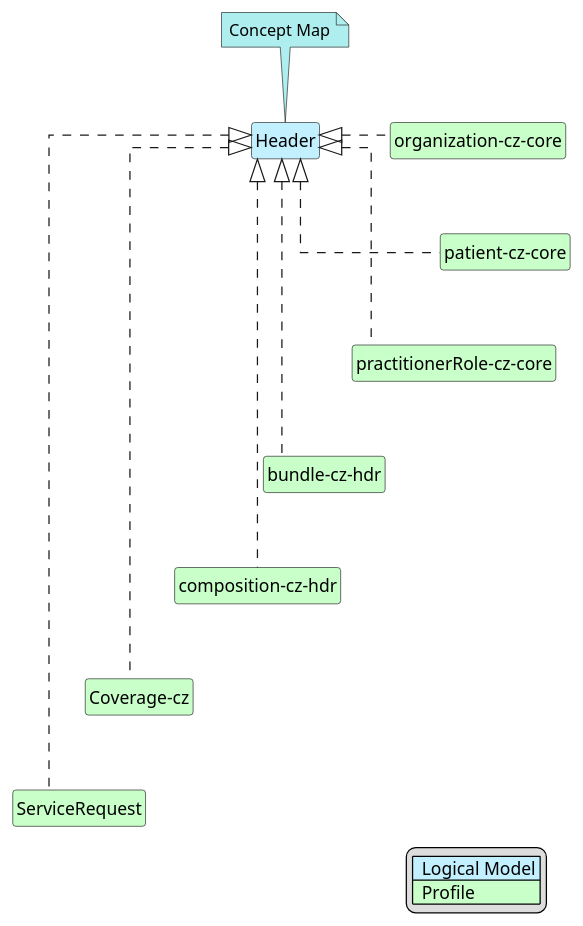
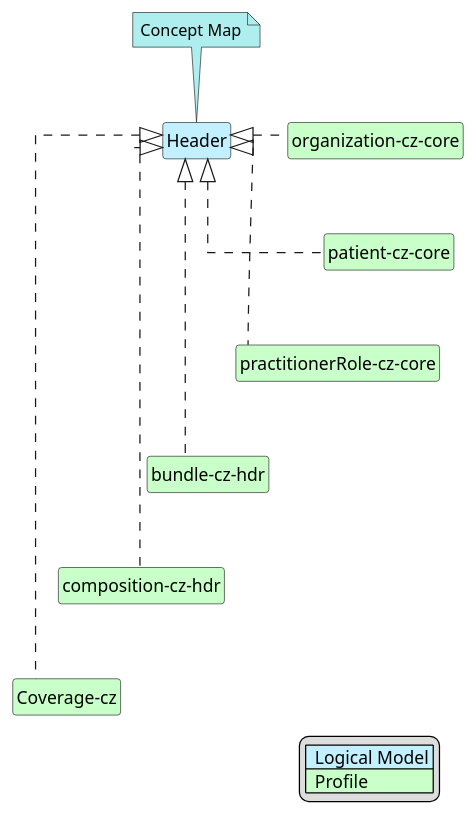
Before and after one commit to HL7-cz/hdr: the diagram in input/images-source/Header-map.plantuml, drawn with PlantUML.

Commit message:
oprava modelu mapování hlavičky

```diff
--- a/input/images-source/Header-map.plantuml
+++ b/input/images-source/Header-map.plantuml
@@ -1,39 +1,36 @@
 @startuml
 hide circle
 hide stereotype
 hide members
 hide methods
 skinparam linetype ortho
 skinparam class {
 BackgroundColor<<LogicalModel>> #APPLICATION
 BackgroundColor<<Profile>> #TECHNOLOGY
 }
 legend right
 | <#APPLICATION>  Logical Model |
 | <#TECHNOLOGY>  Profile |
 endlegend
 class "Header" <<LogicalModel>> [[StructureDefinition-Header.html]]
 note top #PaleTurquoise [[ConceptMap-hdrHeader2FHIR-cz-hdr.html]]
 Concept Map
 endnote
 class "organization-cz-core" <<Profile>> [[https://build.fhir.org/ig/HL7-cz/cz-core/StructureDefinition-cz-organization-core.html]]
 "Header" <|. "organization-cz-core"
 class "patient-cz-core" <<Profile>> [[https://build.fhir.org/ig/HL7-cz/cz-core/StructureDefinition-cz-patient-core.html]]
 "Header" <|. "patient-cz-core"
 "organization-cz-core" -d[hidden]-> "patient-cz-core"
 class "practitionerRole-cz-core" <<Profile>> [[https://build.fhir.org/ig/HL7-cz/cz-core/StructureDefinition-cz-practitionerrole-core.html]]
 "Header" <|. "practitionerRole-cz-core"
 "patient-cz-core" -d[hidden]-> "practitionerRole-cz-core"
 class "bundle-cz-hdr" <<Profile>> [[StructureDefinition-cz-bundle-hdr.html]]
 "Header" <|. "bundle-cz-hdr"
 "practitionerRole-cz-core" -d[hidden]-> "bundle-cz-hdr"
 class "composition-cz-hdr" <<Profile>> [[StructureDefinition-cz-composition-hdr.html]]
 "Header" <|. "composition-cz-hdr"
 "bundle-cz-hdr" -d[hidden]-> "composition-cz-hdr"
 class "Coverage-cz" <<Profile>> [[https://build.fhir.org/ig/HL7-cz/cz-core/StructureDefinition-cz-coverage.html]]
 "Header" <|. "Coverage-cz"
 "composition-cz-hdr" -d[hidden]-> "Coverage-cz"
-class "ServiceRequest" <<Profile>> [[http://hl7.org/fhir/StructureDefinition/ServiceRequest]]
-"Header" <|. "ServiceRequest"
-"Coverage-cz" -d[hidden]-> "ServiceRequest"
 @enduml
```
